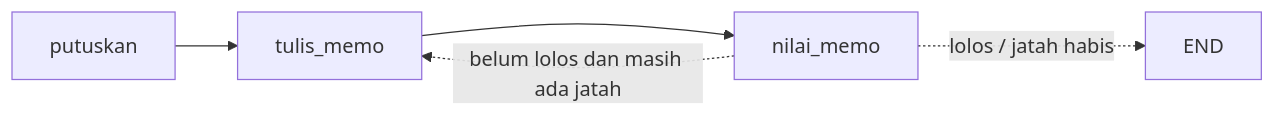
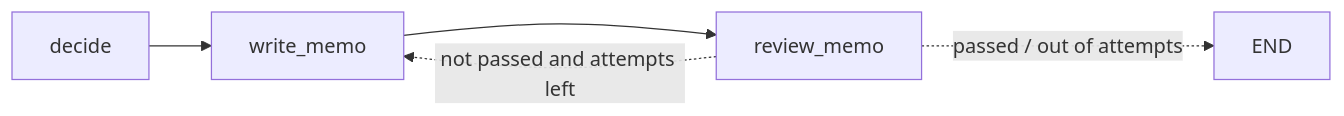
Before and after one commit to bilalbayasut/langgraph-klaim-lab: the tenth of 13 diagrams in LAB.md, drawn with Mermaid. The commit also changed other lines of this file and 78 other files, not shown here.

````diff
--- a/LAB.md
+++ b/LAB.md
@@ -3400,6 +3410,6 @@
 ```mermaid
 flowchart LR
-  putuskan --> tulis_memo --> nilai_memo
-  nilai_memo -.belum lolos dan masih ada jatah.-> tulis_memo
-  nilai_memo -.lolos / jatah habis.-> END
+  decide --> write_memo --> review_memo
+  review_memo -.not passed and attempts left.-> write_memo
+  review_memo -.passed / out of attempts.-> END
 ```
````
